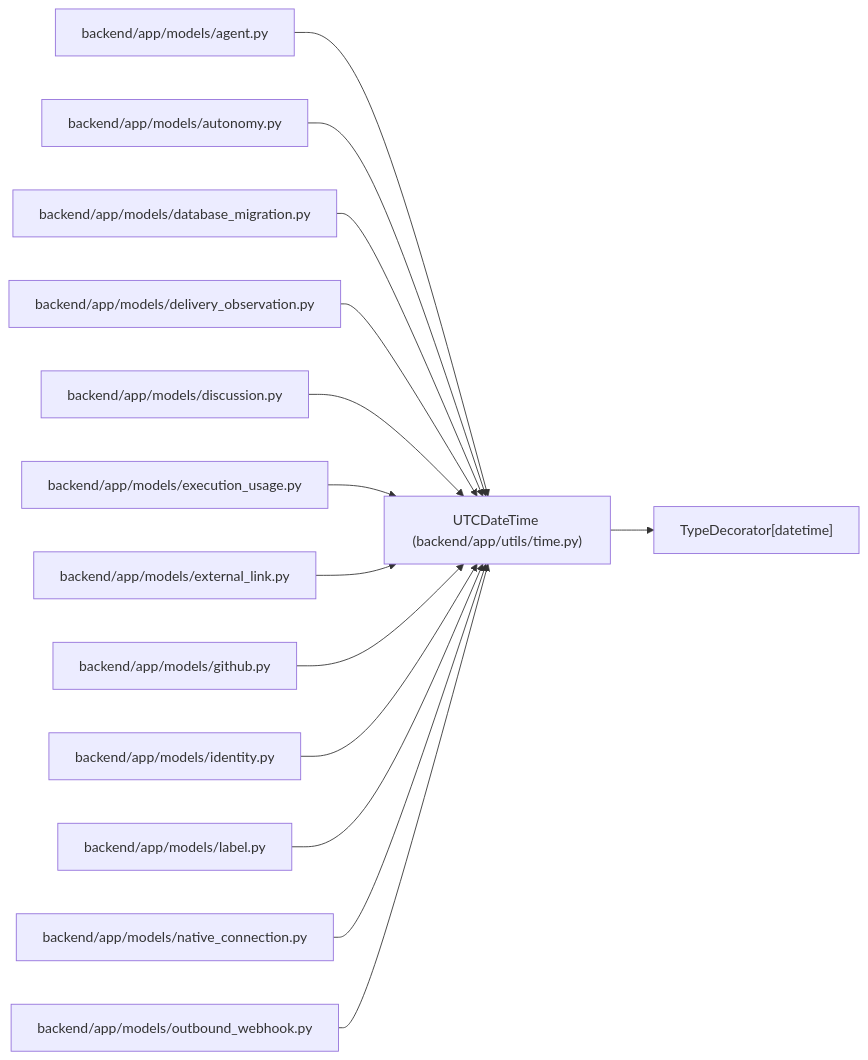
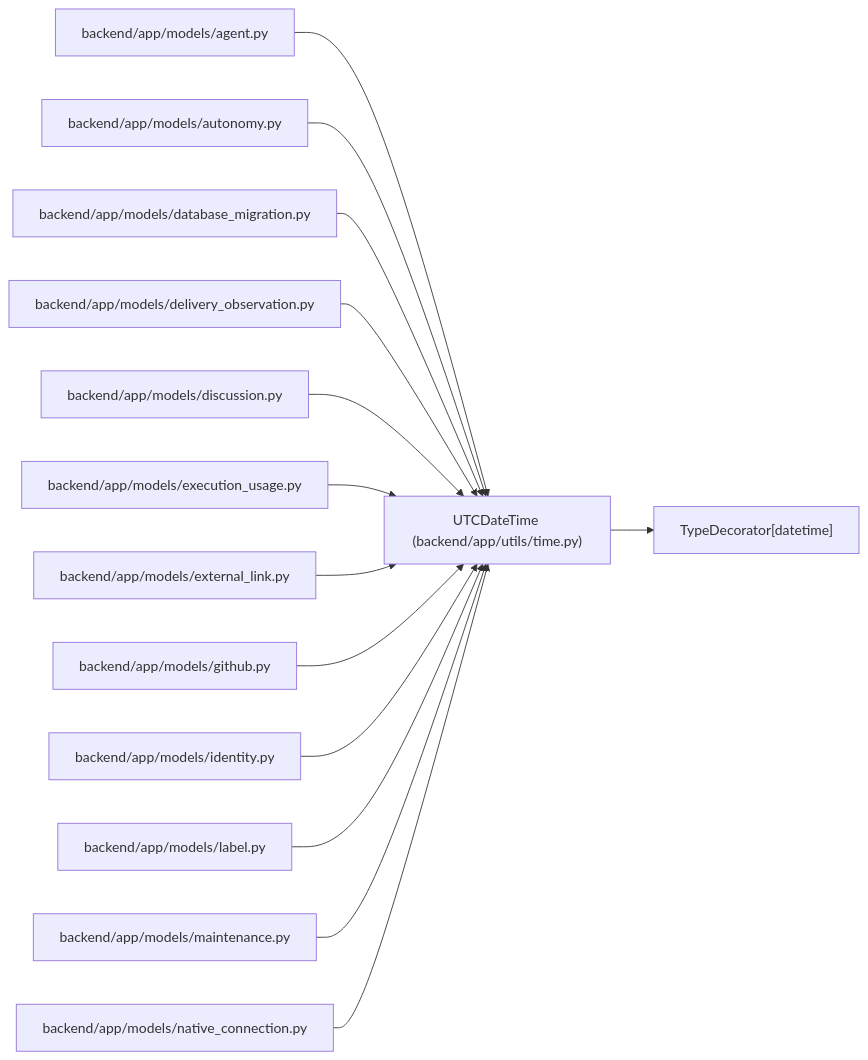
Before and after one commit to Denissvgn/WorkChord: the diagram in docs/llm_wiki/entities/UTCDateTime.md, drawn with Mermaid. The commit also changed other lines of this file and 1817 other files, not shown here.

First line of the commit message:
Refresh the architectural wiki for the 1.9.0 changes

````diff
--- a/docs/llm_wiki/entities/UTCDateTime.md
+++ b/docs/llm_wiki/entities/UTCDateTime.md
@@ -31,43 +31,43 @@
 ```mermaid
 flowchart LR
     n0["UTCDateTime (backend/app/utils/time.py)"]
     n1["TypeDecorator[datetime]"]
     n2["backend/app/models/agent.py"]
     n3["backend/app/models/autonomy.py"]
     n4["backend/app/models/database_migration.py"]
     n5["backend/app/models/delivery_observation.py"]
     n6["backend/app/models/discussion.py"]
     n7["backend/app/models/execution_usage.py"]
     n8["backend/app/models/external_link.py"]
     n9["backend/app/models/github.py"]
     n10["backend/app/models/identity.py"]
     n11["backend/app/models/label.py"]
-    n12["backend/app/models/native_connection.py"]
-    n13["backend/app/models/outbound_webhook.py"]
+    n12["backend/app/models/maintenance.py"]
+    n13["backend/app/models/native_connection.py"]
     n0 --> n1
     n2 --> n0
     n3 --> n0
     n4 --> n0
     n5 --> n0
     n6 --> n0
     n7 --> n0
     n8 --> n0
     n9 --> n0
     n10 --> n0
     n11 --> n0
     n12 --> n0
     n13 --> n0
     click n0 "../modules/time.md"
     click n2 "../modules/models_agent.md"
     click n3 "../modules/models_autonomy.md"
     click n4 "../modules/models_database_migration.md"
     click n5 "../modules/delivery_observation.md"
     click n6 "../modules/models_discussion.md"
     click n7 "../modules/models_execution_usage.md"
     click n8 "../modules/models_external_link.md"
     click n9 "../modules/models_github.md"
     click n10 "../modules/models_identity.md"
     click n11 "../modules/models_label.md"
-    click n12 "../modules/native_connection.md"
-    click n13 "../modules/models_outbound_webhook.md"
+    click n12 "../modules/models_maintenance.md"
+    click n13 "../modules/native_connection.md"
 ```
````
